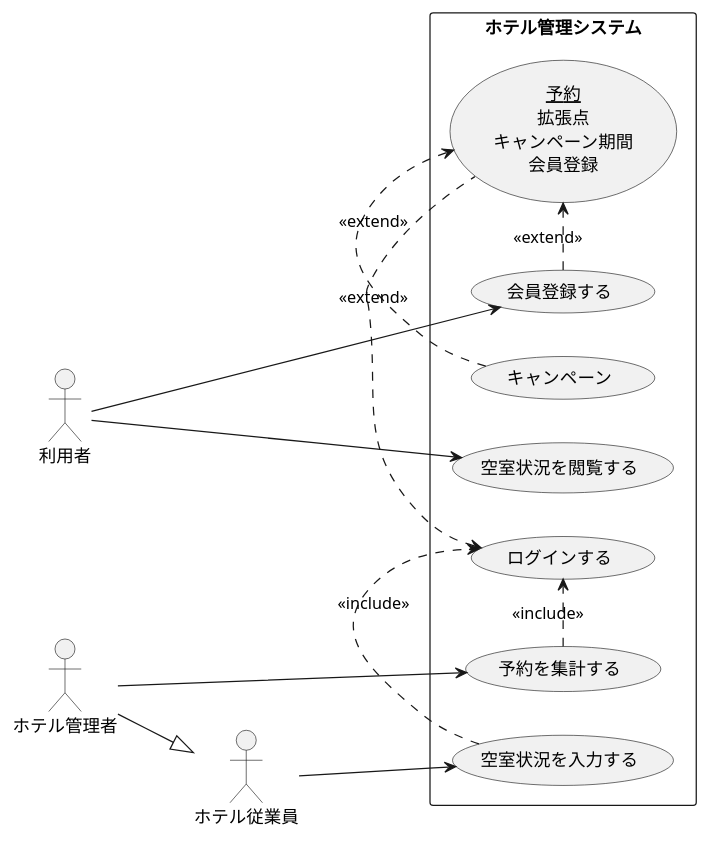
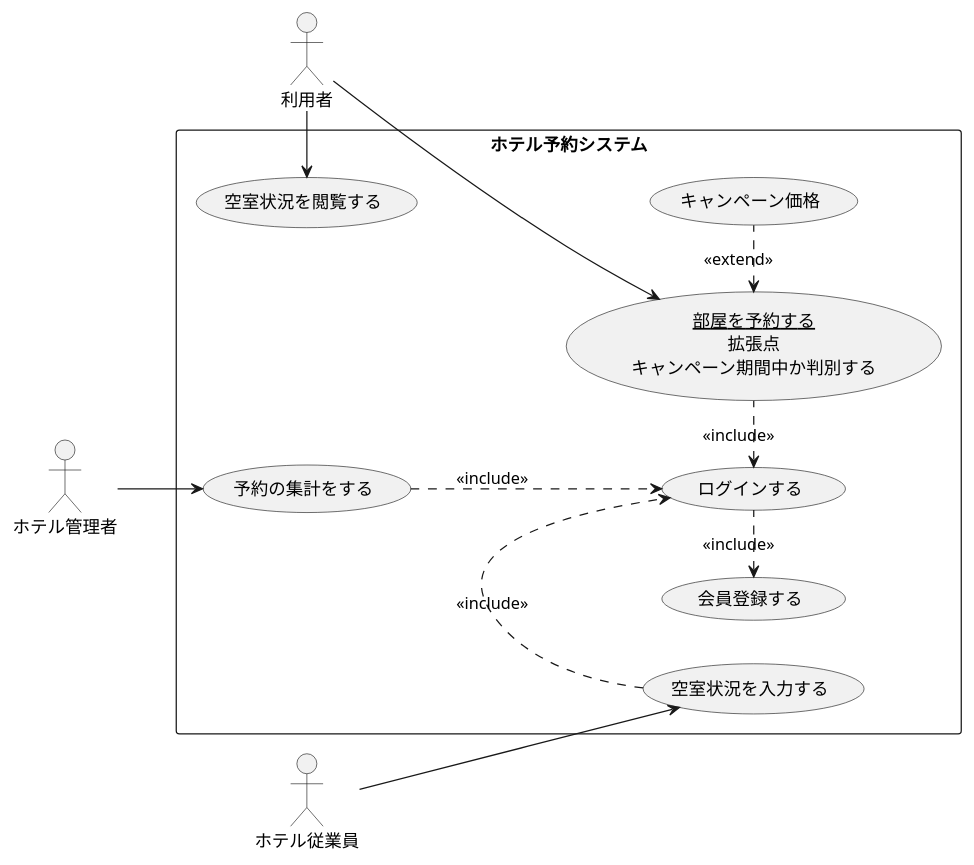
The diagram in 演習2-8_UC_ホテル予約システム.pu (IshiYoshi765/uml-introduction), drawn with PlantUML before and after one commit.

```diff
--- a/演習2-8_UC_ホテル予約システム.pu
+++ b/演習2-8_UC_ホテル予約システム.pu
@@ -1,25 +1,24 @@
-@startuml ユースケース図
+@startuml ホテル予約システム
 left to right direction
 actor 利用者
 actor ホテル従業員
 actor ホテル管理者
-rectangle ホテル管理システム{
-    usecase 空室状況を閲覧する
-    usecase (<u>予約</u>\n拡張点\nキャンペーン期間\n会員登録) as input
-    usecase 空室状況を入力する
-    usecase 予約を集計する
-    usecase ログインする
-    usecase 会員登録する
-    usecase キャンペーン
+rectangle ホテル予約システム{
+usecase 空室状況を閲覧する
+usecase 空室状況を入力する
+usecase 予約の集計をする
+usecase ログインする
+usecase 会員登録する
+usecase (<u>部屋を予約する</u>\n拡張点\nキャンペーン期間中か判別する) as input
+usecase キャンペーン価格
 }
-利用者--->空室状況を閲覧する
-利用者-->会員登録する
-ホテル従業員-->空室状況を入力する
-ホテル管理者-->予約を集計する
-会員登録する.> input: << extend >>
-キャンペーン.> input: << extend >>
-ログインする<. input: << extend >>
-予約を集計する.>ログインする: << include >>
-空室状況を入力する.>ログインする: << include >>
-ホテル管理者--|>ホテル従業員
+利用者 -> 空室状況を閲覧する
+input <. キャンペーン価格 : <<extend>>
+ログインする <. input : << include >>
+input <- 利用者
+会員登録する <. ログインする : <<include>>
+ホテル従業員 --> 空室状況を入力する
+ホテル管理者 --> 予約の集計をする
+空室状況を入力する .> ログインする : <<include>>
+予約の集計をする ..> ログインする : <<include>>
 @enduml
```
